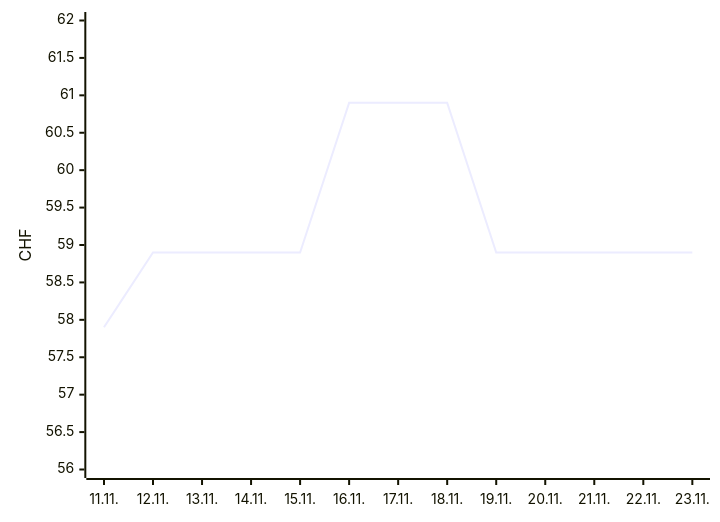
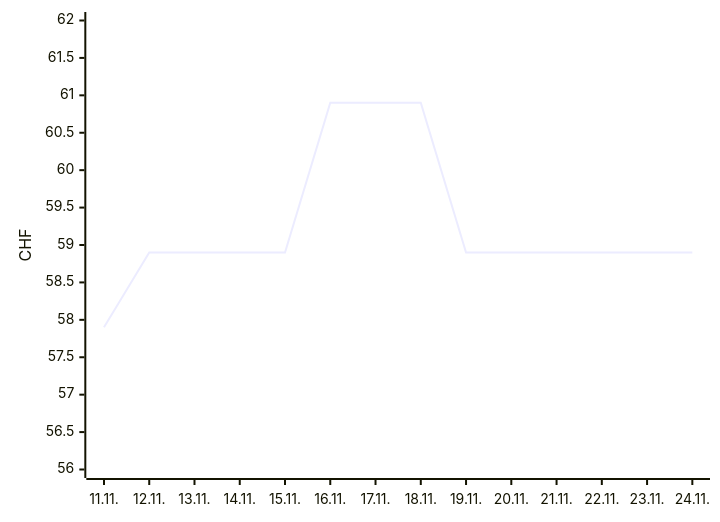
The second of 2 diagrams in README.md (Akira2828/my-Galaxus-MCP), drawn with Mermaid before and after one commit. The commit also changed other lines of this file and 1 other file, not shown here.

````diff
--- a/README.md
+++ b/README.md
@@ -25,6 +25,6 @@
 ```mermaid
 xychart-beta
-  x-axis ["11.11.", "12.11.", "13.11.", "14.11.", "15.11.", "16.11.", "17.11.", "18.11.", "19.11.", "20.11.", "21.11.", "22.11.", "23.11."]
+  x-axis ["11.11.", "12.11.", "13.11.", "14.11.", "15.11.", "16.11.", "17.11.", "18.11.", "19.11.", "20.11.", "21.11.", "22.11.", "23.11.", "24.11."]
   y-axis "CHF" 56 --> 62
-  line [57.9, 58.9, 58.9, 58.9, 58.9, 60.9, 60.9, 60.9, 58.9, 58.9, 58.9, 58.9, 58.9]
+  line [57.9, 58.9, 58.9, 58.9, 58.9, 60.9, 60.9, 60.9, 58.9, 58.9, 58.9, 58.9, 58.9, 58.9]
 ```
````
